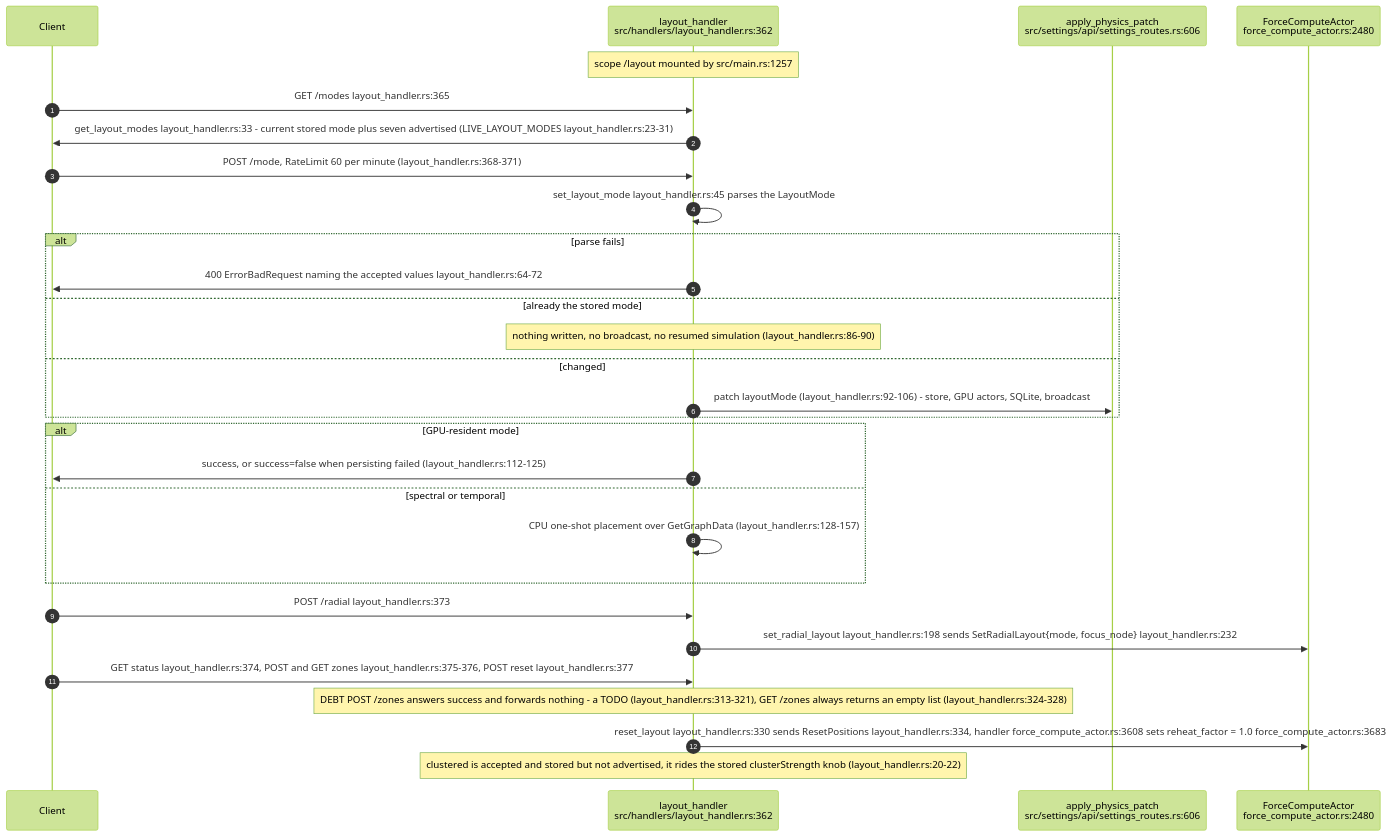
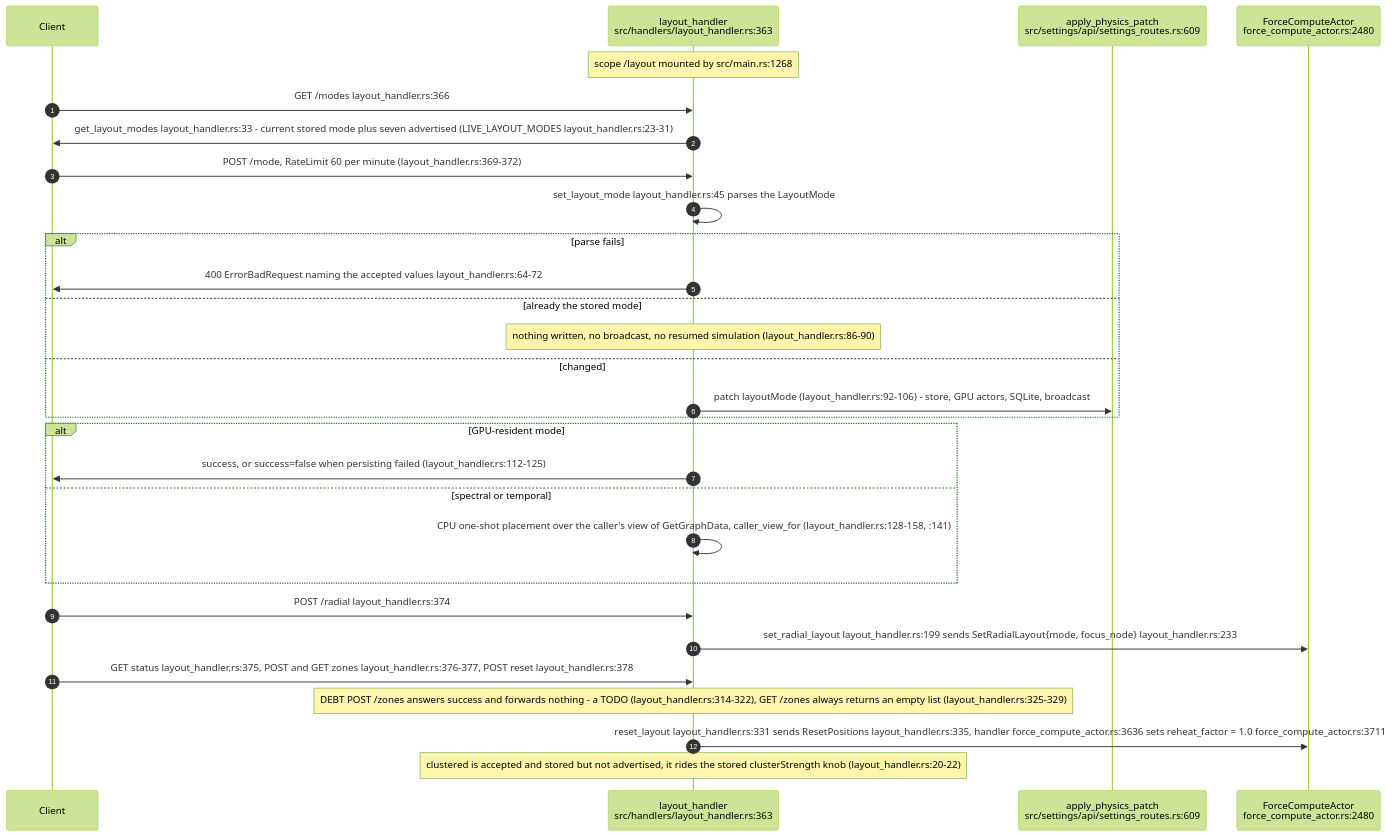
One commit to DreamLab-AI/VisionFlow changed the fifth of 8 diagrams in docs/diagrams/visionclaw/16-interaction-drag-pin-layout.md. Above: the diagram before and after it, drawn with Mermaid (forest theme). The commit also changed other lines of this file and 56 other files, not shown here.

First line of the commit message:
docs(diagrams): re-verify VisionClaw topics at ec785afa9, add VC-19/56/57 and the VisionClaw register

````diff
--- a/docs/diagrams/visionclaw/16-interaction-drag-pin-layout.md
+++ b/docs/diagrams/visionclaw/16-interaction-drag-pin-layout.md
@@ -179,32 +185,32 @@
 ```mermaid
 sequenceDiagram
     autonumber
     participant C as Client
-    participant LH as layout_handler<br/>src/handlers/layout_handler.rs:362
-    participant APP as apply_physics_patch<br/>src/settings/api/settings_routes.rs:606
+    participant LH as layout_handler<br/>src/handlers/layout_handler.rs:363
+    participant APP as apply_physics_patch<br/>src/settings/api/settings_routes.rs:609
     participant FCA as ForceComputeActor<br/>force_compute_actor.rs:2480
 
-    Note over LH: scope /layout mounted by src/main.rs:1257
-    C->>LH: GET /modes layout_handler.rs:365
+    Note over LH: scope /layout mounted by src/main.rs:1268
+    C->>LH: GET /modes layout_handler.rs:366
     LH->>C: get_layout_modes layout_handler.rs:33 - current stored mode plus seven advertised (LIVE_LAYOUT_MODES layout_handler.rs:23-31)
-    C->>LH: POST /mode, RateLimit 60 per minute (layout_handler.rs:368-371)
+    C->>LH: POST /mode, RateLimit 60 per minute (layout_handler.rs:369-372)
     LH->>LH: set_layout_mode layout_handler.rs:45 parses the LayoutMode
     alt parse fails
         LH->>C: 400 ErrorBadRequest naming the accepted values layout_handler.rs:64-72
     else already the stored mode
         Note over LH: nothing written, no broadcast, no resumed simulation (layout_handler.rs:86-90)
     else changed
         LH->>APP: patch layoutMode (layout_handler.rs:92-106) - store, GPU actors, SQLite, broadcast
     end
     alt GPU-resident mode
         LH->>C: success, or success=false when persisting failed (layout_handler.rs:112-125)
     else spectral or temporal
-        LH->>LH: CPU one-shot placement over GetGraphData (layout_handler.rs:128-157)
+        LH->>LH: CPU one-shot placement over the caller's view of GetGraphData, caller_view_for (layout_handler.rs:128-158, :141)
     end
-    C->>LH: POST /radial layout_handler.rs:373
-    LH->>FCA: set_radial_layout layout_handler.rs:198 sends SetRadialLayout{mode, focus_node} layout_handler.rs:232
-    C->>LH: GET status layout_handler.rs:374, POST and GET zones layout_handler.rs:375-376, POST reset layout_handler.rs:377
-    Note over LH: DEBT POST /zones answers success and forwards nothing - a TODO (layout_handler.rs:313-321), GET /zones always returns an empty list (layout_handler.rs:324-328)
-    LH->>FCA: reset_layout layout_handler.rs:330 sends ResetPositions layout_handler.rs:334, handler force_compute_actor.rs:3608 sets reheat_factor = 1.0 force_compute_actor.rs:3683
+    C->>LH: POST /radial layout_handler.rs:374
+    LH->>FCA: set_radial_layout layout_handler.rs:199 sends SetRadialLayout{mode, focus_node} layout_handler.rs:233
+    C->>LH: GET status layout_handler.rs:375, POST and GET zones layout_handler.rs:376-377, POST reset layout_handler.rs:378
+    Note over LH: DEBT POST /zones answers success and forwards nothing - a TODO (layout_handler.rs:314-322), GET /zones always returns an empty list (layout_handler.rs:325-329)
+    LH->>FCA: reset_layout layout_handler.rs:331 sends ResetPositions layout_handler.rs:335, handler force_compute_actor.rs:3636 sets reheat_factor = 1.0 force_compute_actor.rs:3711
     Note over LH: clustered is accepted and stored but not advertised, it rides the stored clusterStrength knob (layout_handler.rs:20-22)
 ```
````
